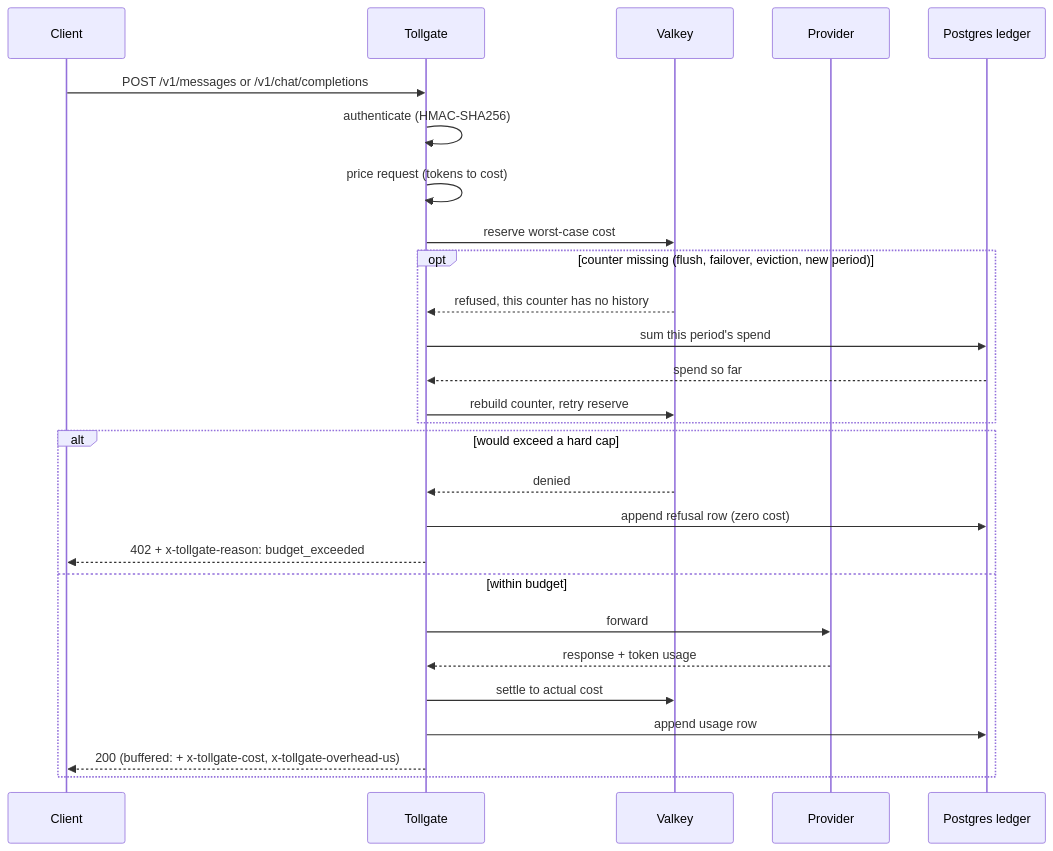
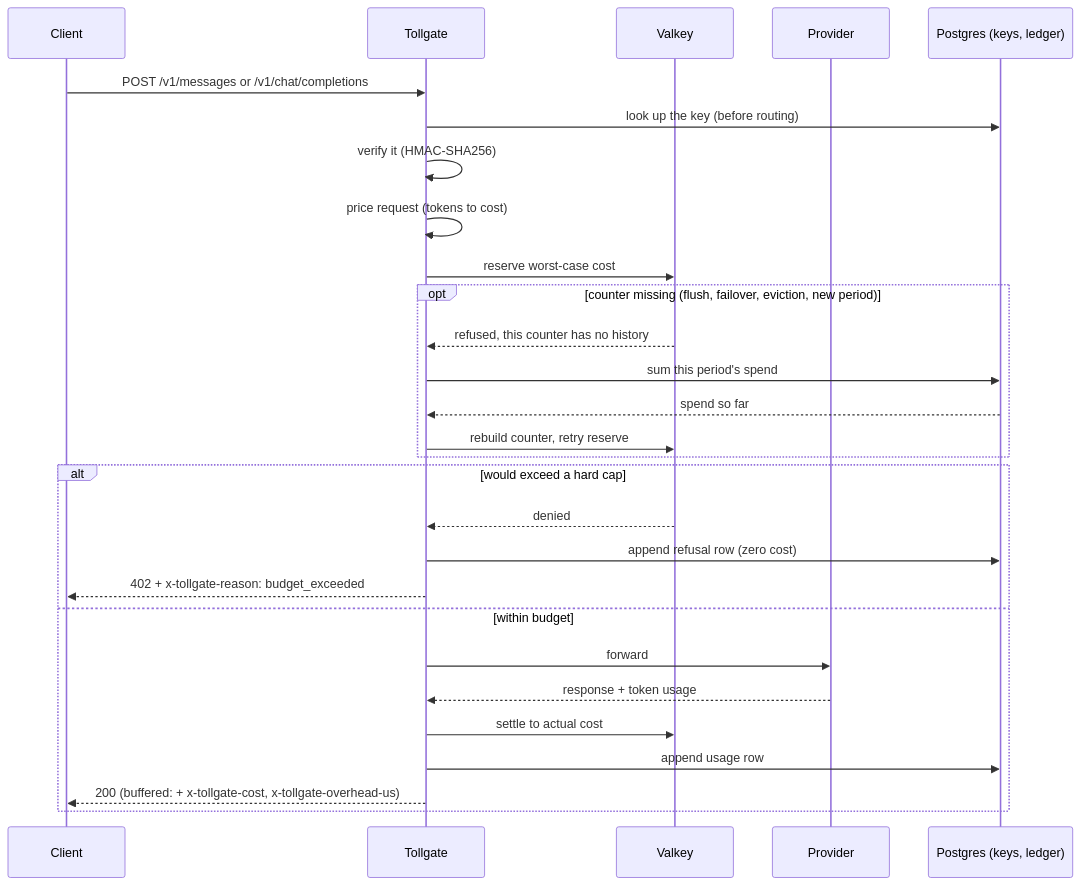
Before and after one commit to sakura-sky/tollgate: the second of 2 diagrams in README.md, drawn with Mermaid. The commit also changed other lines of this file and 16 other files, not shown here.

First line of the commit message:
Authenticate first on every /v1 and /console path; a key store failure is 503, not 401

````diff
--- a/README.md
+++ b/README.md
@@ -39,29 +39,30 @@
 ```mermaid
 sequenceDiagram
   participant C as Client
   participant T as Tollgate
   participant V as Valkey
   participant P as Provider
-  participant L as Postgres ledger
+  participant L as Postgres (keys, ledger)
   C->>T: POST /v1/messages or /v1/chat/completions
-  T->>T: authenticate (HMAC-SHA256)
+  T->>L: look up the key (before routing)
+  T->>T: verify it (HMAC-SHA256)
   T->>T: price request (tokens to cost)
   T->>V: reserve worst-case cost
   opt counter missing (flush, failover, eviction, new period)
     V-->>T: refused, this counter has no history
     T->>L: sum this period's spend
     L-->>T: spend so far
     T->>V: rebuild counter, retry reserve
   end
   alt would exceed a hard cap
     V-->>T: denied
     T->>L: append refusal row (zero cost)
     T-->>C: 402 + x-tollgate-reason: budget_exceeded
   else within budget
     T->>P: forward
     P-->>T: response + token usage
     T->>V: settle to actual cost
     T->>L: append usage row
     T-->>C: 200 (buffered: + x-tollgate-cost, x-tollgate-overhead-us)
   end
 ```
````
